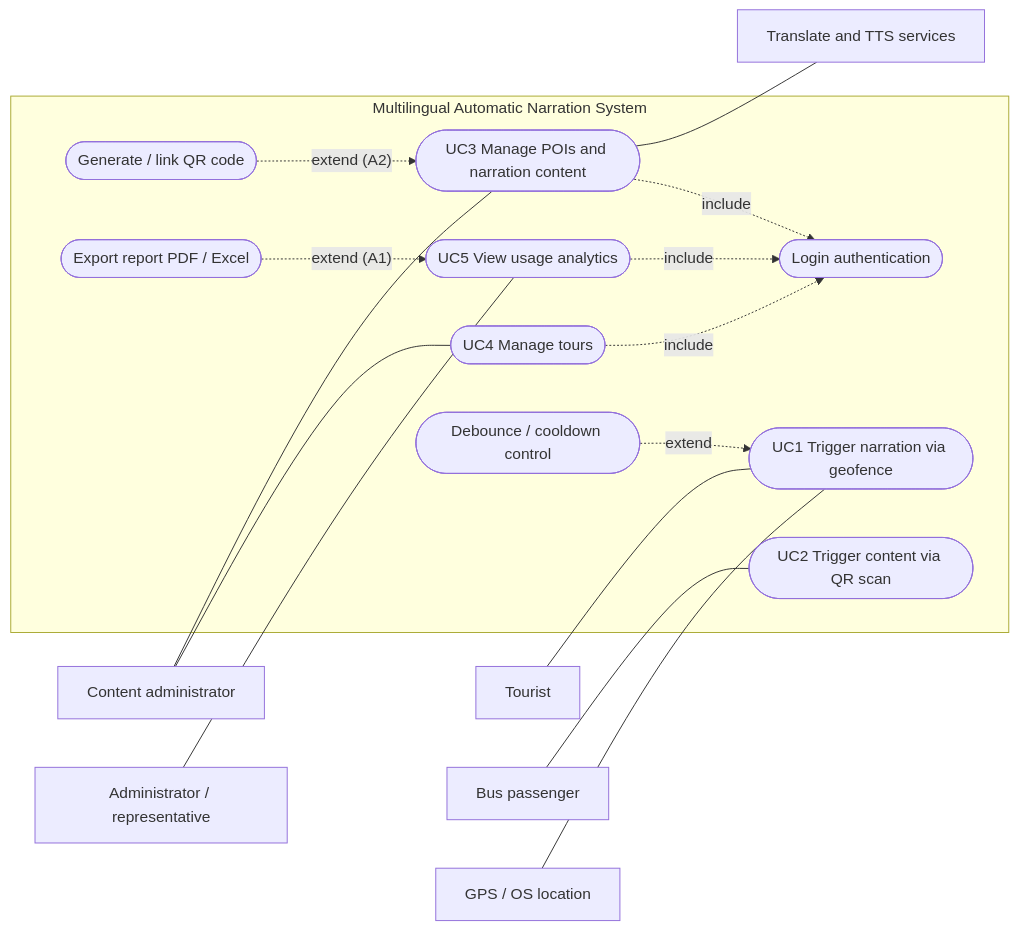
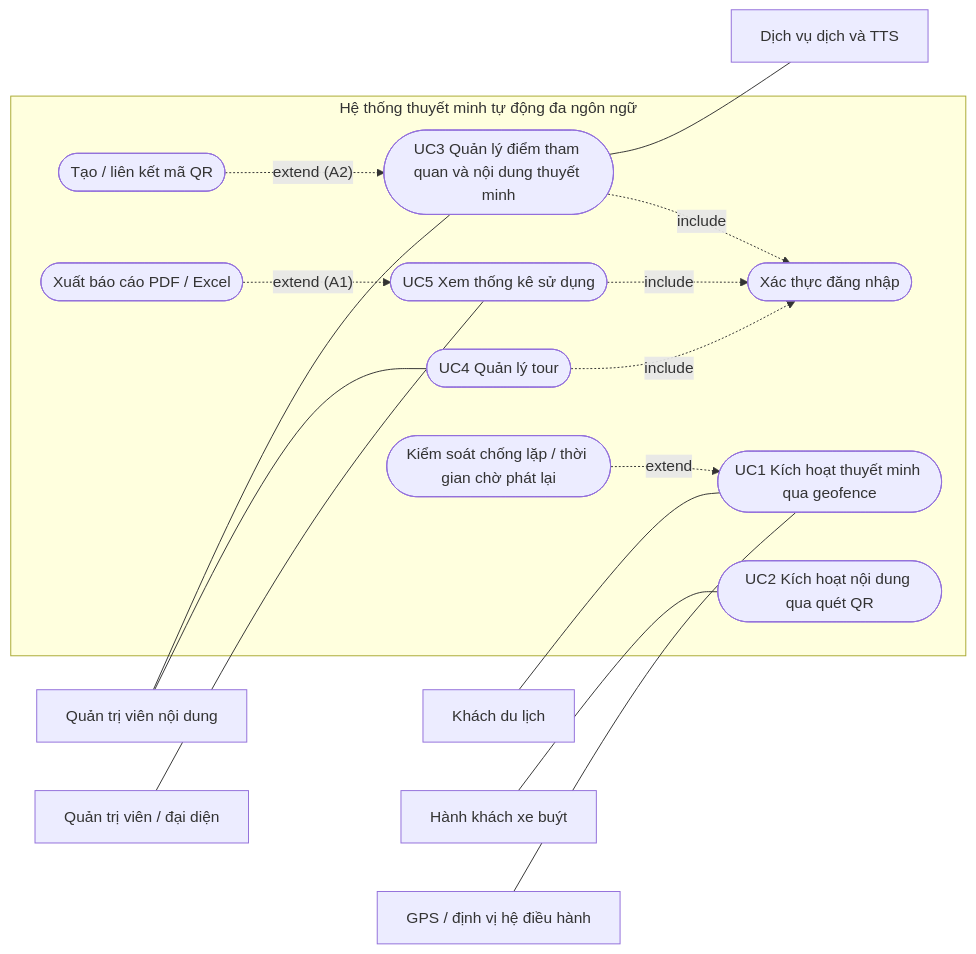
One commit to AiraLeFatale/CongNghePhanMem_Project changed the diagram in docs/01-SRS.md. Above: the diagram before and after it, drawn with Mermaid. The commit also changed other lines of this file and 11 other files, not shown here.

````diff
--- a/docs/01-SRS.md
+++ b/docs/01-SRS.md
@@ -69,36 +70,36 @@
 ```mermaid
 flowchart LR
-    TOURIST["Tourist"]
-    PASSENGER["Bus passenger"]
-    CADMIN["Content administrator"]
-    RADMIN["Administrator / representative"]
-    GPS["GPS / OS location"]
-    EXT["Translate and TTS services"]
+    TOURIST["Khách du lịch"]
+    PASSENGER["Hành khách xe buýt"]
+    CADMIN["Quản trị viên nội dung"]
+    RADMIN["Quản trị viên / đại diện"]
+    GPS["GPS / định vị hệ điều hành"]
+    EXT["Dịch vụ dịch và TTS"]
 
-    subgraph SYS["Multilingual Automatic Narration System"]
-        UC1(["UC1 Trigger narration via geofence"])
-        UC2(["UC2 Trigger content via QR scan"])
-        UC3(["UC3 Manage POIs and narration content"])
-        UC4(["UC4 Manage tours"])
-        UC5(["UC5 View usage analytics"])
-        LOGIN(["Login authentication"])
-        COOL(["Debounce / cooldown control"])
-        QRGEN(["Generate / link QR code"])
-        EXPORT(["Export report PDF / Excel"])
+    subgraph SYS["Hệ thống thuyết minh tự động đa ngôn ngữ"]
+        UC1(["UC1 Kích hoạt thuyết minh qua geofence"])
+        UC2(["UC2 Kích hoạt nội dung qua quét QR"])
+        UC3(["UC3 Quản lý điểm tham quan và nội dung thuyết minh"])
+        UC4(["UC4 Quản lý tour"])
+        UC5(["UC5 Xem thống kê sử dụng"])
+        LOGIN(["Xác thực đăng nhập"])
+        COOL(["Kiểm soát chống lặp / thời gian chờ phát lại"])
+        QRGEN(["Tạo / liên kết mã QR"])
+        EXPORT(["Xuất báo cáo PDF / Excel"])
     end
 
     TOURIST --- UC1
     GPS --- UC1
     PASSENGER --- UC2
     CADMIN --- UC3
     CADMIN --- UC4
     RADMIN --- UC5
     UC3 --- EXT
 
     COOL -. "extend" .-> UC1
     UC3 -. "include" .-> LOGIN
     UC4 -. "include" .-> LOGIN
     UC5 -. "include" .-> LOGIN
     QRGEN -. "extend (A2)" .-> UC3
     EXPORT -. "extend (A1)" .-> UC5
 ```
````
